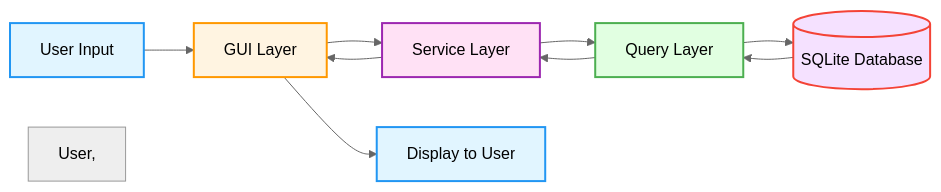
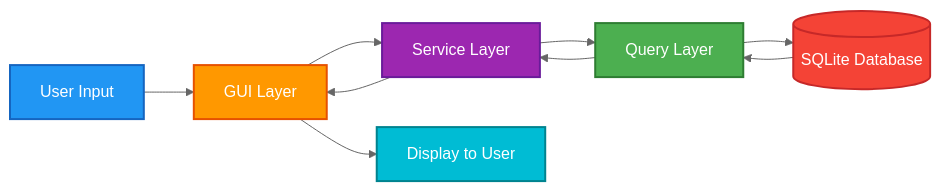
Before and after one commit to revxcode/k3-absensi: the sixth of 6 diagrams in flowchart.md, drawn with Mermaid (neutral theme). The commit also changed other lines of this file, not shown here.

Commit message:
Remove redundant diagrams and enhance Data Flow Diagram styling for improved clarity

````diff
--- a/flowchart.md
+++ b/flowchart.md
@@ -280,20 +203,19 @@
 ```mermaid
 flowchart LR
     User[User Input] --> GUI[GUI Layer]
     GUI --> Service[Service Layer]
     Service --> Query[Query Layer]
     Query --> DB[(SQLite Database)]
     
     DB --> Query
     Query --> Service
     Service --> GUI
     GUI --> Display[Display to User]
     
-    style User fill:#e1f5ff,stroke:#2196F3,stroke-width:2px
-    style GUI fill:#fff4e1,stroke:#FF9800,stroke-width:2px
-    style Service fill:#ffe1f5,stroke:#9C27B0,stroke-width:2px
-    style Query fill:#e1ffe1,stroke:#4CAF50,stroke-width:2px
-    style DB fill:#f5e1ff,stroke:#F44336,stroke-width:2px
-    style Display fill:#e1f5ff,stroke:#2196F3,stroke-width:2px
-    style User, GUI, Service, Query, DB, Display color:#000
+    style User fill:#2196F3,stroke:#1565C0,stroke-width:2px,color:#fff
+    style GUI fill:#FF9800,stroke:#E65100,stroke-width:2px,color:#fff
+    style Service fill:#9C27B0,stroke:#6A1B9A,stroke-width:2px,color:#fff
+    style Query fill:#4CAF50,stroke:#2E7D32,stroke-width:2px,color:#fff
+    style DB fill:#F44336,stroke:#C62828,stroke-width:2px,color:#fff
+    style Display fill:#00BCD4,stroke:#00838F,stroke-width:2px,color:#fff
 ```
````
